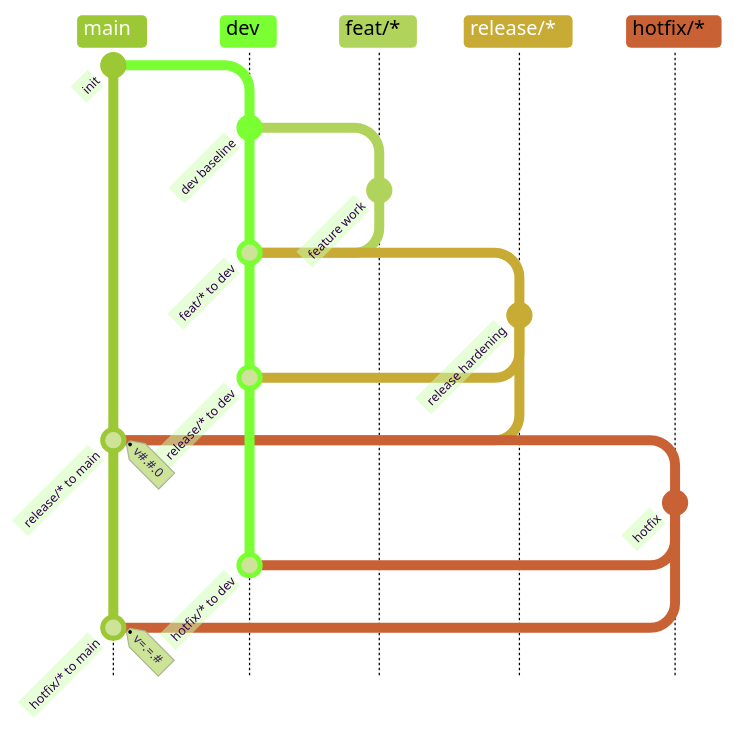
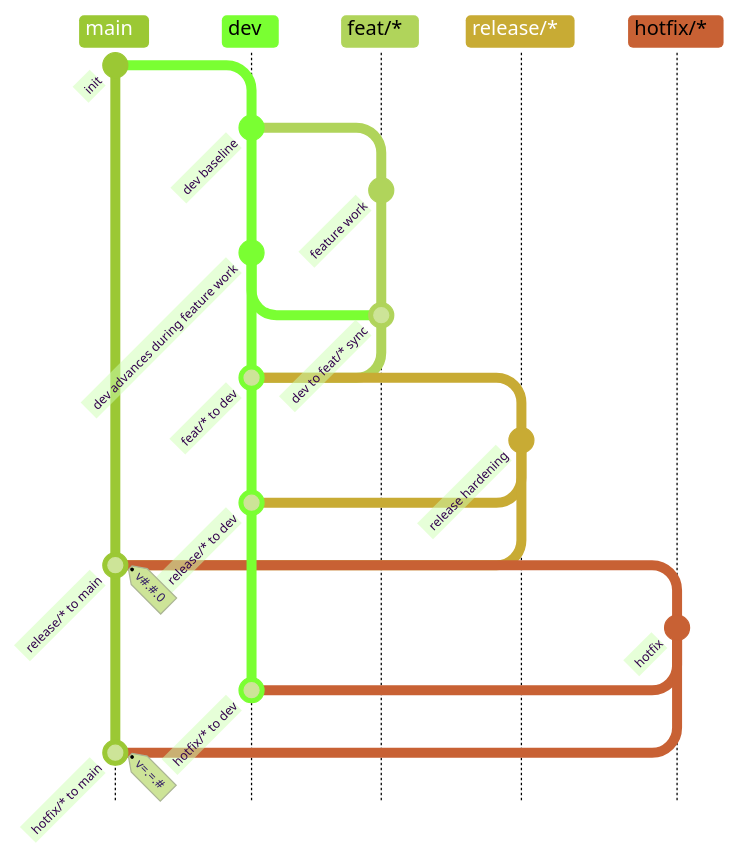
One commit to ylang-ylang/gitguard changed the diagram in configs/dev-feat-release-hotfix/contribution.md. Above: the diagram before and after it, drawn with Mermaid (forest theme). The commit also changed other lines of this file and 12 other files, not shown here.

````diff
--- a/configs/dev-feat-release-hotfix/contribution.md
+++ b/configs/dev-feat-release-hotfix/contribution.md
@@ -3,33 +3,40 @@
 ```mermaid
 gitGraph TB:
     commit id:"init"
     branch dev
     checkout dev
     commit id:"dev baseline"
 
     %% Feature work
     branch "feat/*"
     checkout "feat/*"
     commit id:"feature work"
+
+    checkout dev
+    commit id:"dev advances during feature work"
+
+    checkout "feat/*"
+    merge dev id:"dev to feat/* sync"
+
     checkout dev
     merge "feat/*" id:"feat/* to dev"
 
     %% Release from dev to main
     branch "release/*"
     checkout "release/*"
     commit id:"release hardening"
     checkout dev
     merge "release/*" id:"release/* to dev"
     checkout main
     merge "release/*" id:"release/* to main" tag:"v#.#.0"
 
     %% Hotfix from main
     checkout main
     branch "hotfix/*"
     checkout "hotfix/*"
     commit id:"hotfix"
     checkout dev
     merge "hotfix/*" id:"hotfix/* to dev"
     checkout main
     merge "hotfix/*" id:"hotfix/* to main" tag:"v=.=.#"
 ```
````
